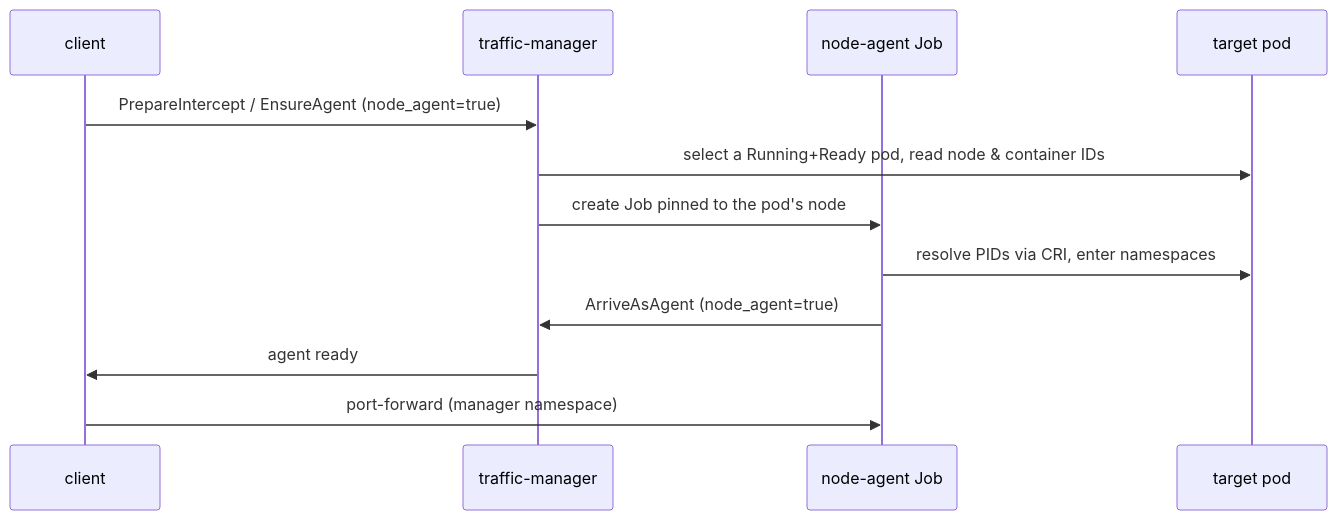
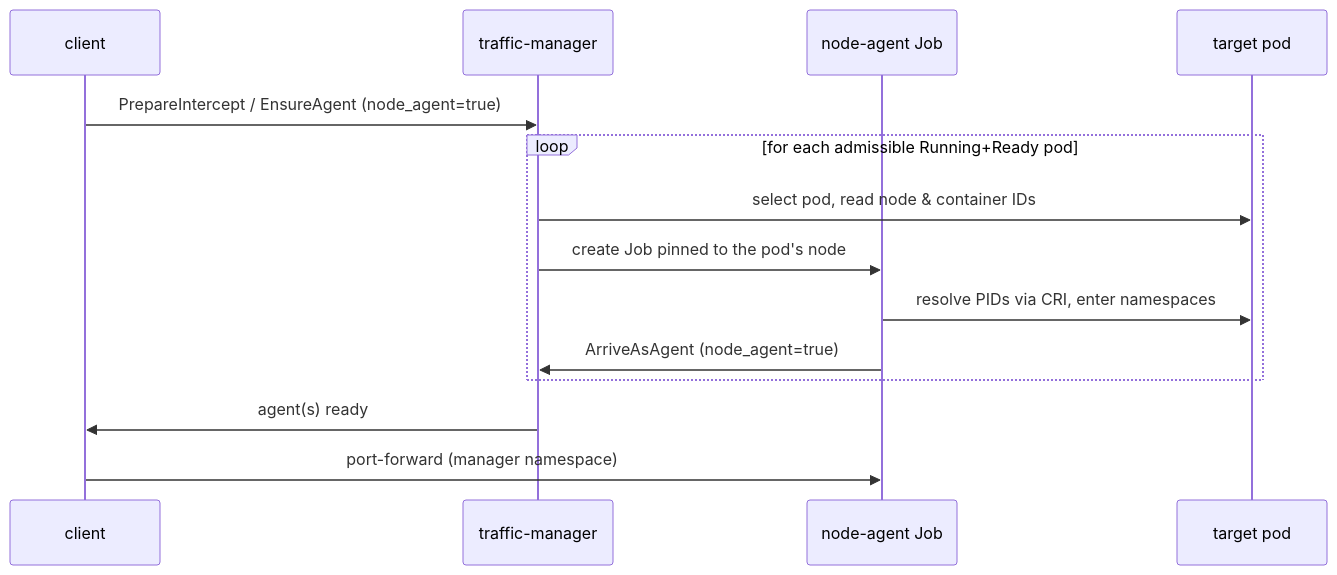
Before and after one commit to telepresenceio/telepresence: the diagram in docs/reference/node-agent.md, drawn with Mermaid. The commit also changed other lines of this file and 3 other files, not shown here.

First line of the commit message:
Cover multi-replica and shared node-agent engagements in tests and docs

````diff
--- a/docs/reference/node-agent.md
+++ b/docs/reference/node-agent.md
@@ -44,14 +44,16 @@
 ```mermaid
 sequenceDiagram
   participant C as client
   participant M as traffic-manager
   participant J as node-agent Job
   participant P as target pod
   C->>M: PrepareIntercept / EnsureAgent (node_agent=true)
-  M->>P: select a Running+Ready pod, read node & container IDs
-  M->>J: create Job pinned to the pod's node
-  J->>P: resolve PIDs via CRI, enter namespaces
-  J->>M: ArriveAsAgent (node_agent=true)
-  M->>C: agent ready
+  loop for each admissible Running+Ready pod
+    M->>P: select pod, read node & container IDs
+    M->>J: create Job pinned to the pod's node
+    J->>P: resolve PIDs via CRI, enter namespaces
+    J->>M: ArriveAsAgent (node_agent=true)
+  end
+  M->>C: agent(s) ready
   C->>J: port-forward (manager namespace)
 ```
````
